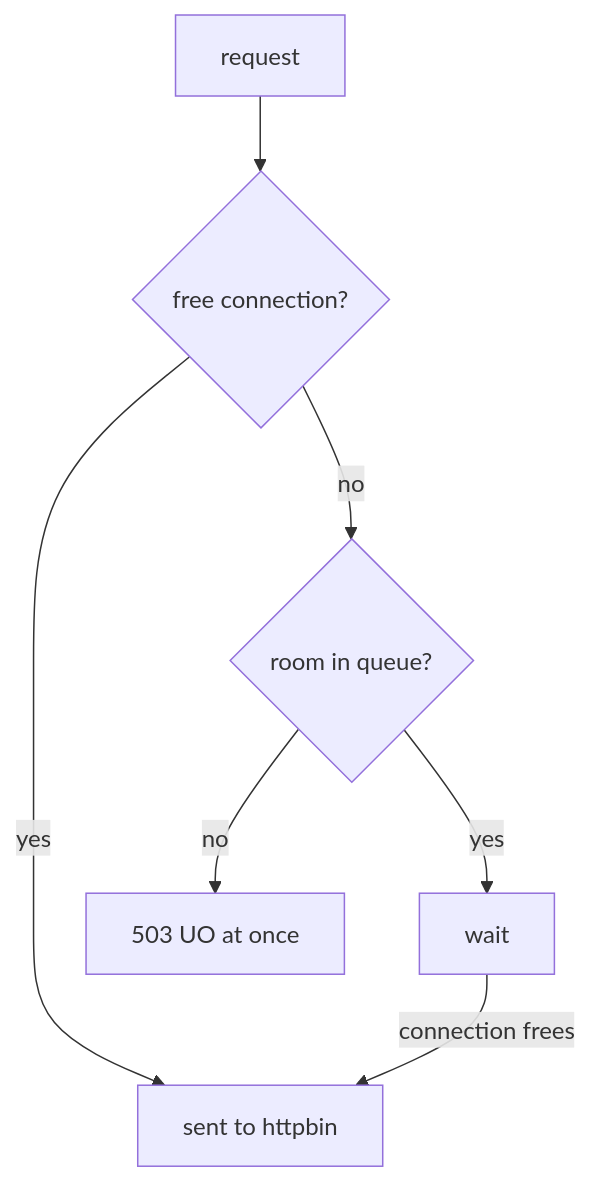
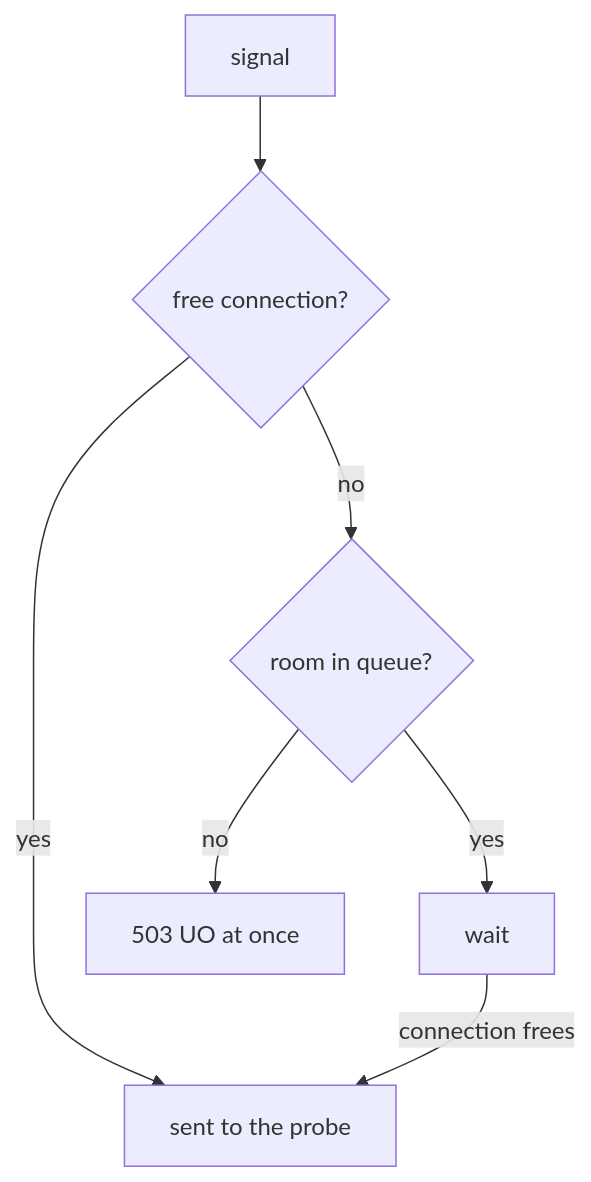
The diagram in sections/section-040/module-02/course-01-the-connection-pool.md (astrona-io/ATS014), drawn with Mermaid before and after one commit. The commit also changed other lines of this file and 813 other files, not shown here.

````diff
--- a/sections/section-040/module-02/course-01-the-connection-pool.md
+++ b/sections/section-040/module-02/course-01-the-connection-pool.md
@@ -66,9 +48,9 @@
 ```mermaid
 flowchart TB
-    A["request"] --> C{"free connection?"}
-    C -->|"yes"| U["sent to httpbin"]
+    A["signal"] --> C{"free connection?"}
+    C -->|"yes"| U["sent to the probe"]
     C -->|"no"| Q{"room in queue?"}
     Q -->|"yes"| W["wait"]
     W -->|"connection frees"| U
     Q -->|"no"| R["503 UO at once"]
 ```
````
